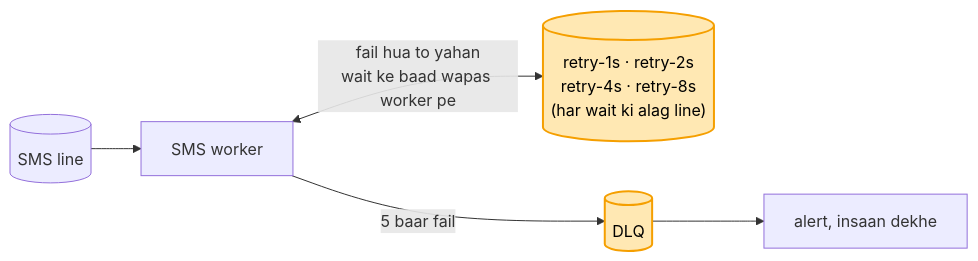
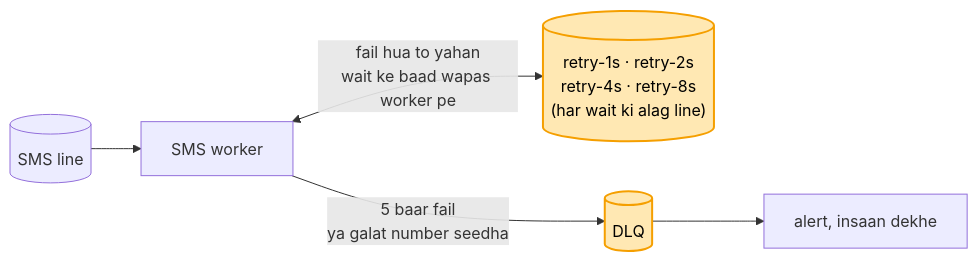
One commit to ArpanMaheshwari144/Prep changed the fifth of 11 diagrams in 04_HLD/SYSTEM_DESIGNS/04_notification_system/04_notification_system.md. Above: the diagram before and after it, drawn with Mermaid. The commit also changed other lines of this file and 19 other files, not shown here.

````diff
--- a/04_HLD/SYSTEM_DESIGNS/04_notification_system/04_notification_system.md
+++ b/04_HLD/SYSTEM_DESIGNS/04_notification_system/04_notification_system.md
@@ -229,9 +235,9 @@
 ```mermaid
 flowchart LR
     LS[("SMS line")] --> WS["SMS worker"]
     WS <-->|"fail hua to yahan<br/>wait ke baad wapas worker pe"| RT[("retry-1s · retry-2s<br/>retry-4s · retry-8s<br/>(har wait ki alag line)")]
-    WS -- "5 baar fail" --> D[("DLQ")]
+    WS -- "5 baar fail<br/>ya galat number seedha" --> D[("DLQ")]
     D --> AL["alert, insaan dekhe"]
     style RT fill:#ffe8b3,stroke:#f59f00,stroke-width:2px,color:#000
     style D fill:#ffe8b3,stroke:#f59f00,stroke-width:2px,color:#000
 ```
````
